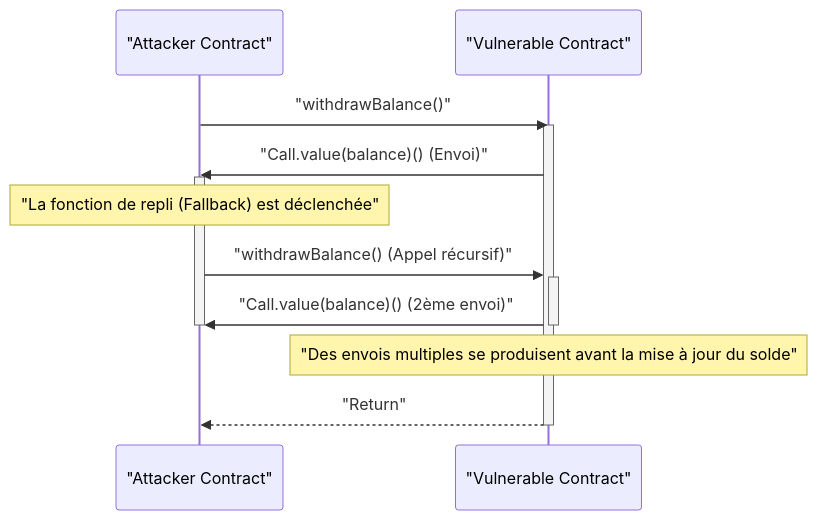
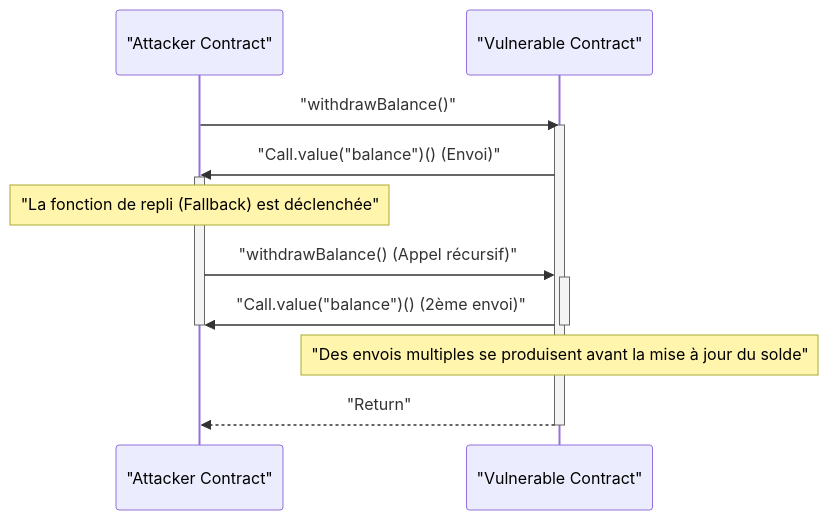
The second of 2 diagrams in content/post/blockchain-technology-smart-contract-distributed-ledger/index.fr.md (kenjinote/blog), drawn with Mermaid before and after one commit. The commit also changed 929 other files, not shown here.

Commit message:
fix: Add double quotes to all Mermaid node texts to resolve syntax errors

````diff
--- a/content/post/blockchain-technology-smart-contract-distributed-ledger/index.fr.md
+++ b/content/post/blockchain-technology-smart-contract-distributed-ledger/index.fr.md
@@ -185,19 +185,19 @@
 ```mermaid
 sequenceDiagram
     participant A as "Attacker Contract"
     participant V as "Vulnerable Contract"
 
     A->>V: "withdrawBalance()"
     activate V
-    V->>A: "Call.value(balance)() (Envoi)"
+    V->>A: "Call.value("balance")() (Envoi)"
     activate A
     Note over A: "La fonction de repli (Fallback) est déclenchée"
     A->>V: "withdrawBalance() (Appel récursif)"
     activate V
-    V->>A: "Call.value(balance)() (2ème envoi)"
+    V->>A: "Call.value("balance")() (2ème envoi)"
     deactivate V
     deactivate A
     Note over V: "Des envois multiples se produisent avant la mise à jour du solde"
     V-->>A: "Return"
     deactivate V
 ```
````
